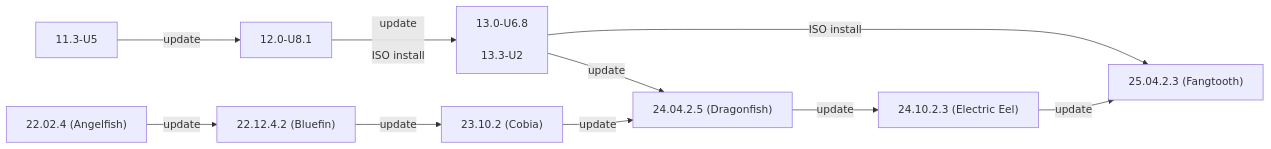
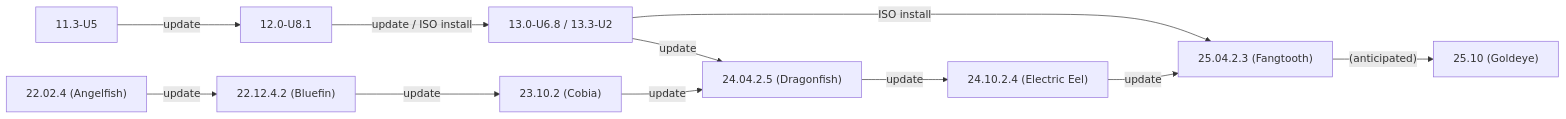
One commit to truenas/documentation changed the first of 2 diagrams in static/includes/SCALEUpgradePaths.md. Above: the diagram before and after it, drawn with Mermaid. The commit also changed other lines of this file and 18 other files, not shown here.

```diff
--- a/static/includes/SCALEUpgradePaths.md
+++ b/static/includes/SCALEUpgradePaths.md
@@ -67,13 +208,14 @@
-          {{< mermaid class="mermaid_sizing" >}}
-          flowchart LR
-            A["11.3-U5"] -->|update| B["12.0-U8.1"]
-            B -->|"update<br><br>ISO install"| C["13.0-U6.8<br><br>13.3-U2"]
-            C -->|update| G
-            C -->|ISO install| I
-            D["22.02.4 (Angelfish)"] -->|update| E
-            E["22.12.4.2 (Bluefin)"] -->|update| F
-            F["23.10.2 (Cobia)"] -->|update| G
-            G["24.04.2.5 (Dragonfish)"] -->|update| H
-            H["24.10.2.3 (Electric Eel)"] -->|update| I
-            I["25.04.2.3 (Fangtooth)"]
-          {{< /mermaid >}}
+            {{< mermaid class="mermaid_sizing" >}}
+            flowchart LR
+              A["11.3-U5"] -->|update| B["12.0-U8.1"]
+              B -->|"update / ISO install"| C["13.0-U6.8 / 13.3-U2"]
+              C -->|update| G
+              C -->|ISO install| I
+              D["22.02.4 (Angelfish)"] -->|update| E
+              E["22.12.4.2 (Bluefin)"] -->|update| F
+              F["23.10.2 (Cobia)"] -->|update| G
+              G["24.04.2.5 (Dragonfish)"] -->|update| H
+              H["24.10.2.4 (Electric Eel)"] -->|update| I
+              I["25.04.2.3 (Fangtooth)"] -->|"(anticipated)"| J
+            J["25.10 (Goldeye)"]
+            {{< /mermaid >}}
```
